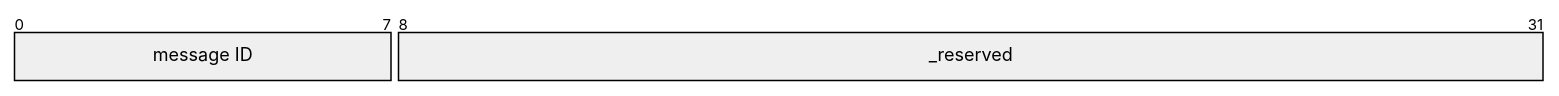
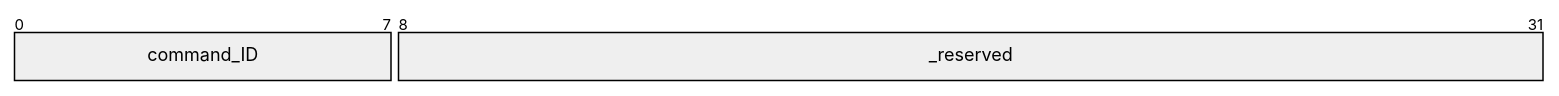
The first of 4 diagrams in Protocol.md (rzblue/csci436-p1), drawn with Mermaid before and after one commit. The commit also changed other lines of this file, not shown here.

````diff
--- a/Protocol.md
+++ b/Protocol.md
@@ -57,5 +57,5 @@
 ```mermaid
 packet
-0-7: "message ID"
+0-7: "command_ID"
 8-31: "_reserved"
 ```
````
